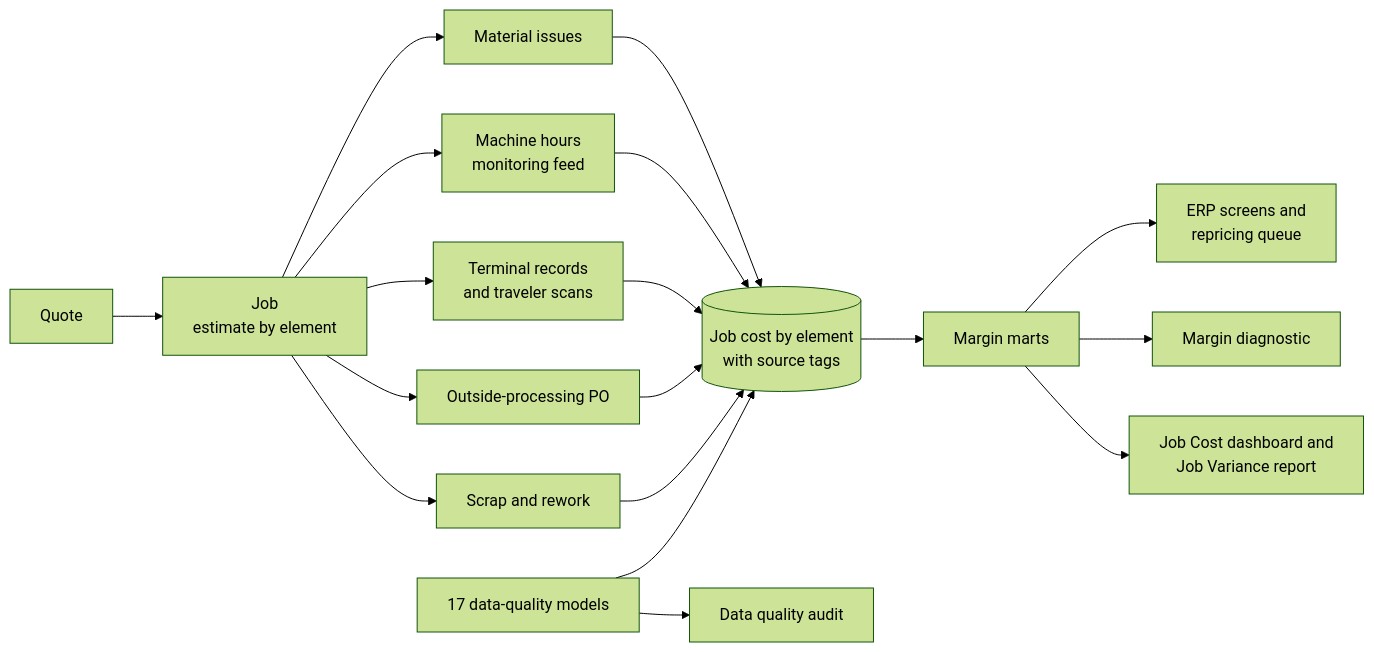
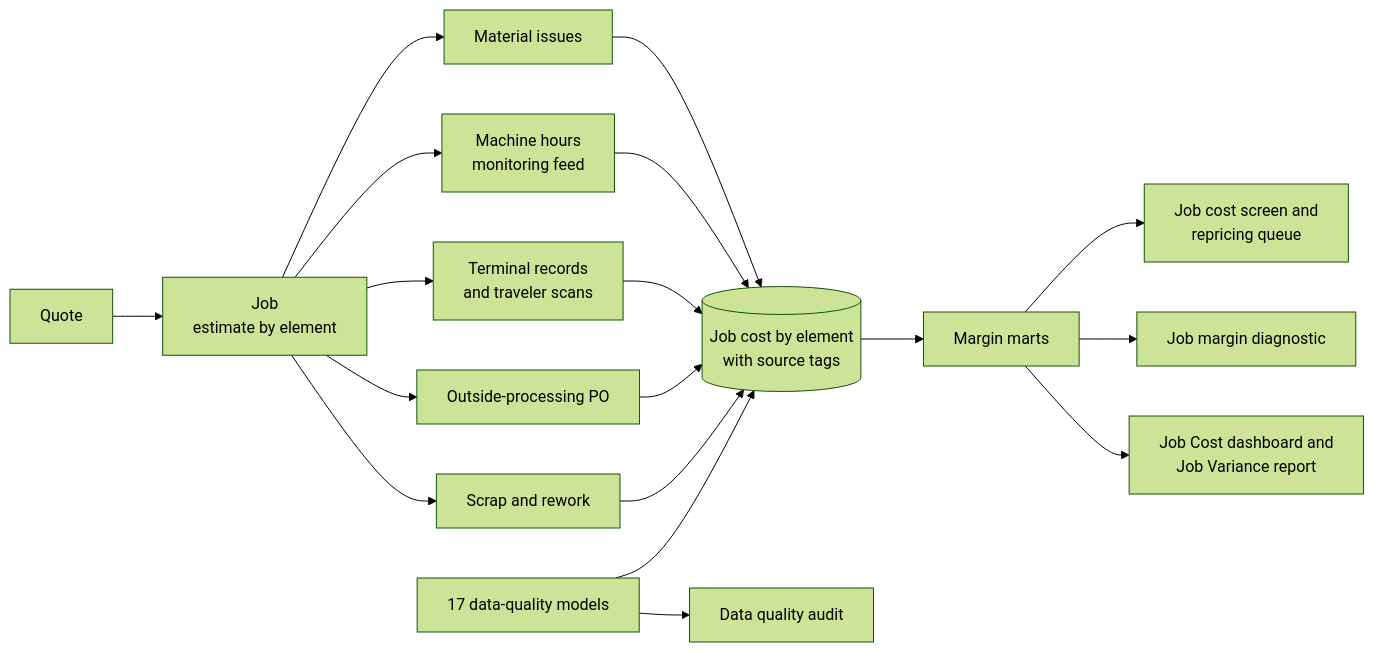
Before and after one commit to brimsystems/mfg-data-engineering: the diagram in job_costing/README.md, drawn with Mermaid (forest theme). The commit also changed other lines of this file and 13 other files, not shown here.

Commit message:
job_costing: README on the final figures; line endings; the flow captures the screenshots; one set of rate-pool and stale-standard figures across the reports

````diff
--- a/job_costing/README.md
+++ b/job_costing/README.md
@@ -79,20 +83,20 @@
 ```mermaid
 flowchart LR
   Q["Quote"] --> J["Job<br/>estimate by element"]
   J --> MI["Material issues"]
   J --> MH["Machine hours<br/>monitoring feed"]
   J --> SC["Terminal records<br/>and traveler scans"]
   J --> PO["Outside-processing PO"]
   J --> SR["Scrap and rework"]
   MI --> JC
   MH --> JC
   SC --> JC
   PO --> JC
   SR --> JC
   JC[("Job cost by element<br/>with source tags")] --> MM["Margin marts"]
   DQ["17 data-quality models"] --> JC
-  MM --> ERP["ERP screens and<br/>repricing queue"]
-  MM --> DIAG["Margin diagnostic"]
+  MM --> ERP["Job cost screen and<br/>repricing queue"]
+  MM --> DIAG["Job margin diagnostic"]
   MM --> DASH["Job Cost dashboard and<br/>Job Variance report"]
   DQ --> AUD["Data quality audit"]
 ```
````
